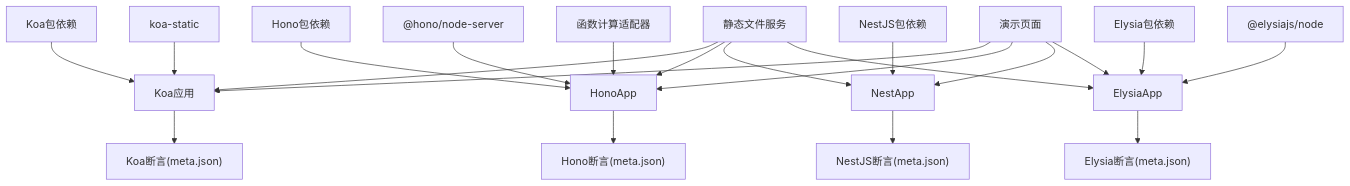
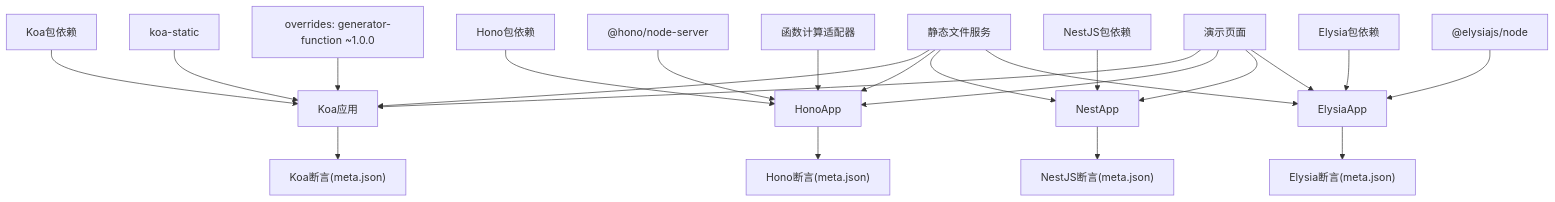
One commit to esa-sp/test-for-aone-ci changed the ninth of 9 diagrams in .qoder/repowiki/zh/content/后端框架测试/Koa、Hono、NestJS框架测试.md. Above: the diagram before and after it, drawn with Mermaid. The commit also changed other lines of this file and 26 other files, not shown here.

````diff
--- a/.qoder/repowiki/zh/content/后端框架测试/Koa、Hono、NestJS框架测试.md
+++ b/.qoder/repowiki/zh/content/后端框架测试/Koa、Hono、NestJS框架测试.md
@@ -580,23 +587,24 @@
 ```mermaid
 graph TB
 KoaPkg["Koa包依赖"] --> KoaApp["Koa应用"]
 KoaStatic["koa-static"] --> KoaApp
+KoaOverrides["overrides: generator-function ~1.0.0"] --> KoaApp
 HonoPkg["Hono包依赖"] --> HonoApp
 HonoNodeServer["@hono/node-server"] --> HonoApp
 HonoFC["函数计算适配器"] --> HonoApp
 NestPkg["NestJS包依赖"] --> NestApp
 ElysiaPkg["Elysia包依赖"] --> ElysiaApp
 ElysiaNode["@elysiajs/node"] --> ElysiaApp
 StaticFiles["静态文件服务"] --> KoaApp
 StaticFiles --> HonoApp
 StaticFiles --> NestApp
 StaticFiles --> ElysiaApp
 DemoPages["演示页面"] --> KoaApp
 DemoPages --> HonoApp
 DemoPages --> NestApp
 DemoPages --> ElysiaApp
 KoaApp --> KoaMeta["Koa断言(meta.json)"]
 HonoApp --> HonoMeta["Hono断言(meta.json)"]
 NestApp --> NestMeta["NestJS断言(meta.json)"]
 ElysiaApp --> ElysiaMeta["Elysia断言(meta.json)"]
 ```
````
